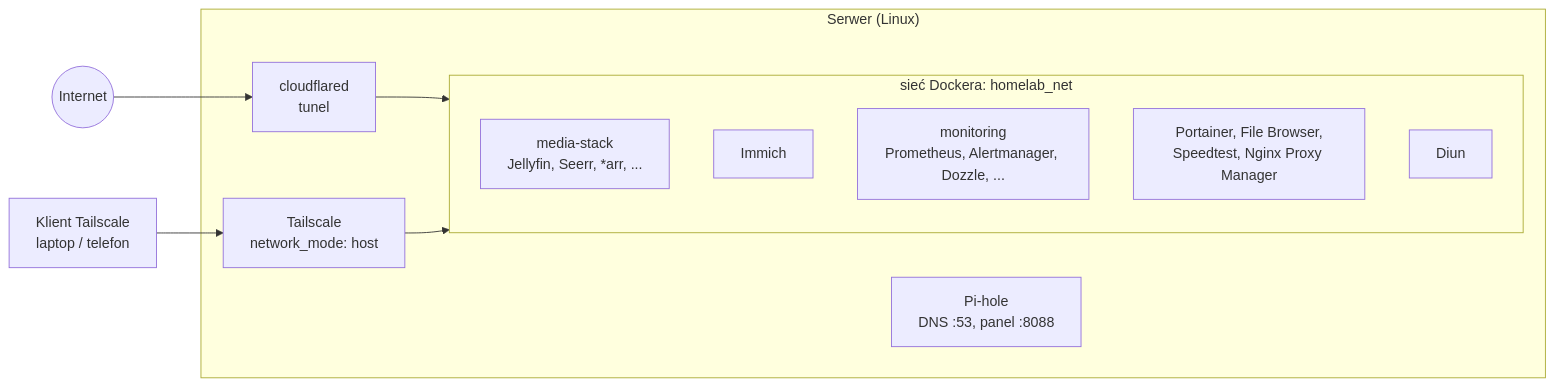
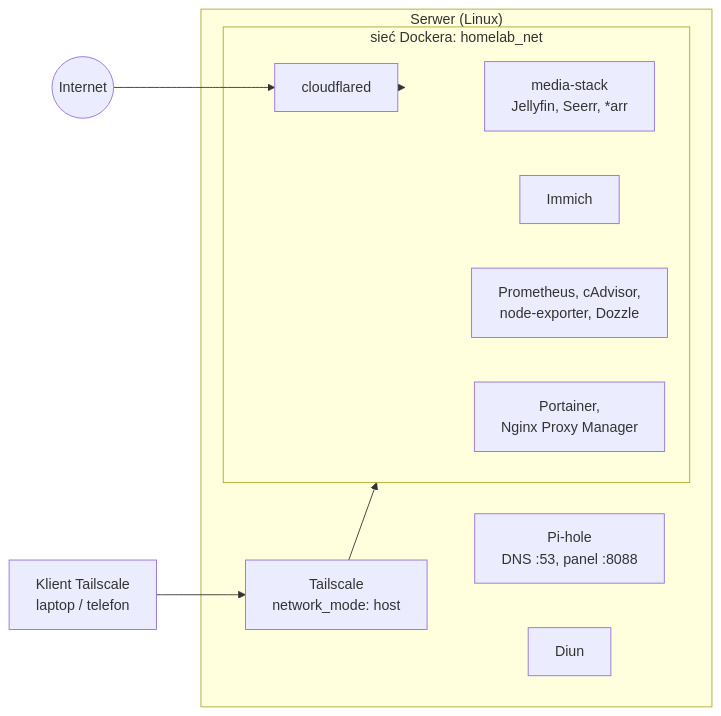
The diagram in README.md (patrykludwin02/homelab), drawn with Mermaid before and after one commit. The commit also changed other lines of this file and 9 other files, not shown here.

````diff
--- a/README.md
+++ b/README.md
@@ -43,22 +20,22 @@
 ```mermaid
 flowchart LR
     Internet((Internet))
     VPN["Klient Tailscale<br/>laptop / telefon"]
 
     subgraph Serwer["Serwer (Linux)"]
-        CF["cloudflared<br/>tunel"]
         TS["Tailscale<br/>network_mode: host"]
-        DNS["Pi-hole<br/>DNS :53, panel :8088"]
+        PH["Pi-hole<br/>DNS :53, panel :8088"]
+        DIUN["Diun"]
 
-        subgraph homelab_net["sieć Dockera: homelab_net"]
-            MEDIA["media-stack<br/>Jellyfin, Seerr, *arr, ..."]
+        subgraph net["sieć Dockera: homelab_net"]
+            CF["cloudflared"]
+            MEDIA["media-stack<br/>Jellyfin, Seerr, *arr"]
             IMM["Immich"]
-            MON["monitoring<br/>Prometheus, Alertmanager, Dozzle, ..."]
-            ADM["Portainer, File Browser,<br/>Speedtest, Nginx Proxy Manager"]
-            DIUN["Diun"]
+            MON["Prometheus, cAdvisor,<br/>node-exporter, Dozzle"]
+            ADM["Portainer,<br/>Nginx Proxy Manager"]
         end
     end
 
-    Internet --> CF --> homelab_net
-    VPN --> TS --> homelab_net
+    Internet --> CF --> net
+    VPN --> TS --> net
 ```
````
